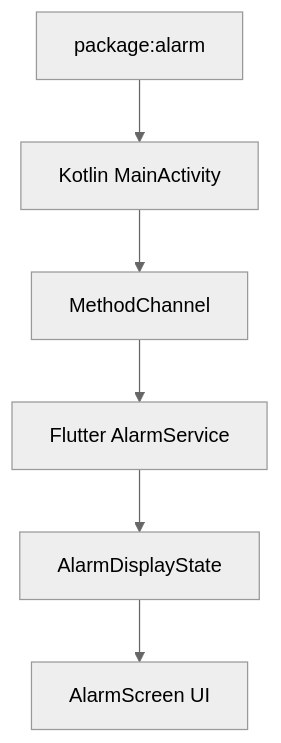
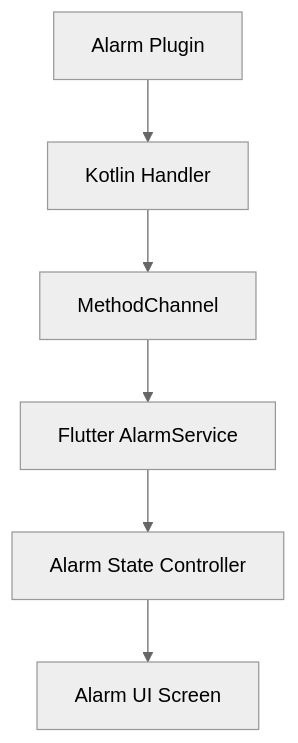
Before and after one commit to MegoABKM/TaskNotate: the diagram in README.md, drawn with Mermaid (neutral theme). The commit also changed other lines of this file, not shown here.

````diff
--- a/README.md
+++ b/README.md
@@ -94,8 +90,8 @@
 ```mermaid
 graph TD
-    A[package:alarm] --> B[Kotlin MainActivity]
+    A[Alarm Plugin] --> B[Kotlin Handler]
     B --> C[MethodChannel]
     C --> D[Flutter AlarmService]
-    D --> E[AlarmDisplayState]
-    E --> F[AlarmScreen UI]
+    D --> E[Alarm State Controller]
+    E --> F[Alarm UI Screen]
 ```
````
